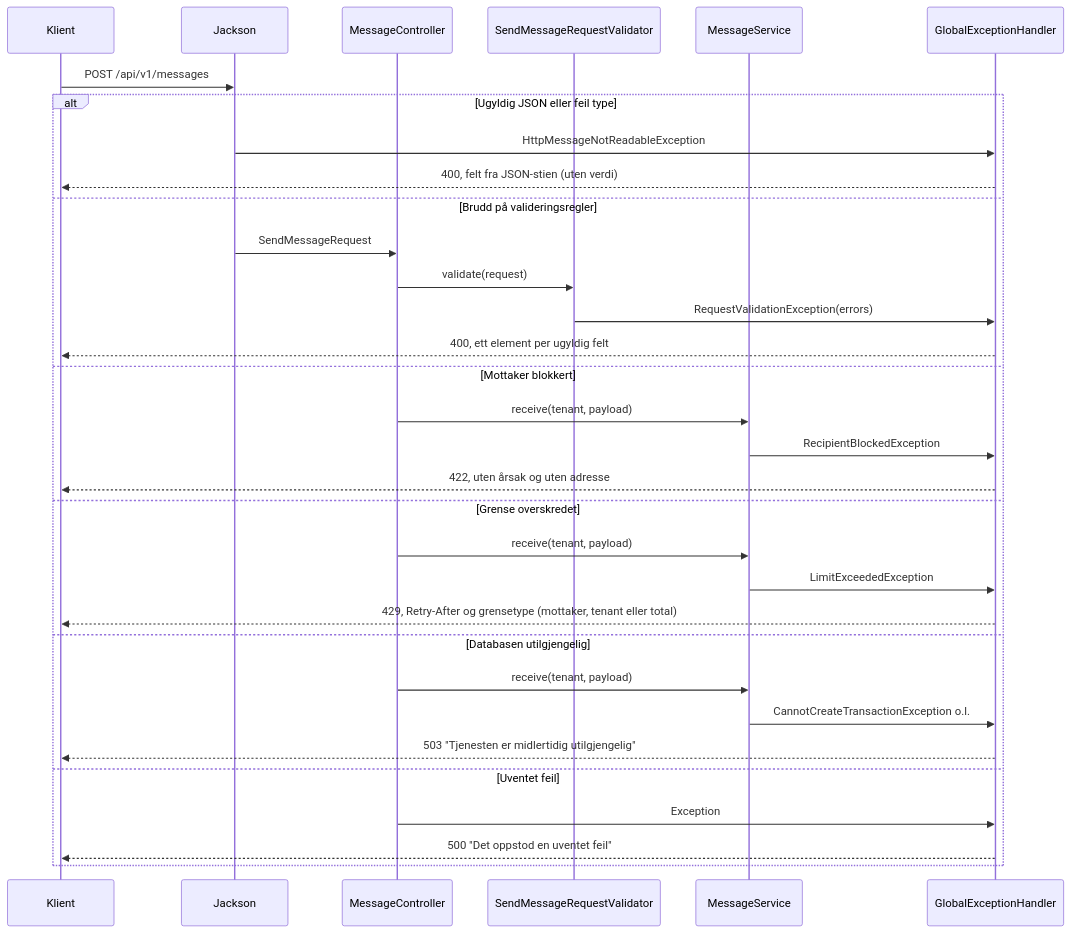
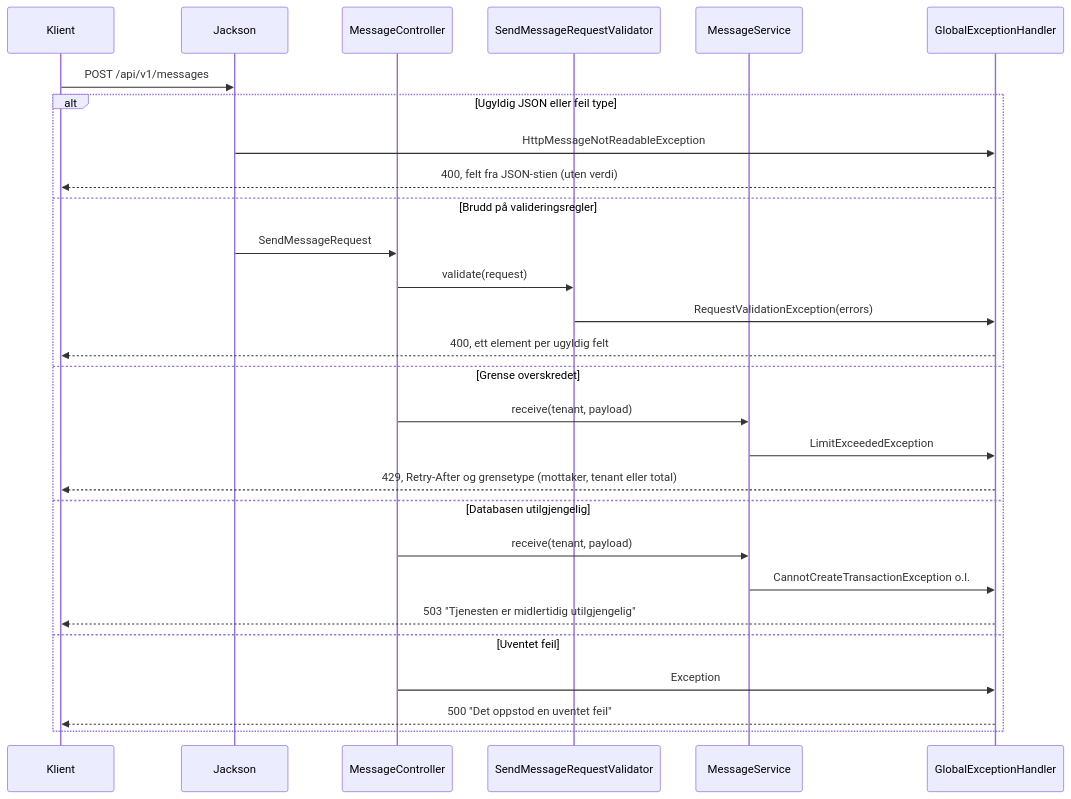
One commit to FINTLabs/fint-communication-service changed the ninth of 12 diagrams in docs/architecture.md. Above: the diagram before and after it, drawn with Mermaid. The commit also changed other lines of this file and 18 other files, not shown here.

````diff
--- a/docs/architecture.md
+++ b/docs/architecture.md
@@ -479,35 +457,31 @@
 ```mermaid
 sequenceDiagram
     participant C as Klient
     participant J as Jackson
     participant MC as MessageController
     participant V as SendMessageRequestValidator
     participant MS as MessageService
     participant H as GlobalExceptionHandler
 
     C->>J: POST /api/v1/messages
     alt Ugyldig JSON eller feil type
         J->>H: HttpMessageNotReadableException
         H-->>C: 400, felt fra JSON-stien (uten verdi)
     else Brudd på valideringsregler
         J->>MC: SendMessageRequest
         MC->>V: validate(request)
         V->>H: RequestValidationException(errors)
         H-->>C: 400, ett element per ugyldig felt
-    else Mottaker blokkert
-        MC->>MS: receive(tenant, payload)
-        MS->>H: RecipientBlockedException
-        H-->>C: 422, uten årsak og uten adresse
     else Grense overskredet
         MC->>MS: receive(tenant, payload)
         MS->>H: LimitExceededException
         H-->>C: 429, Retry-After og grensetype (mottaker, tenant eller total)
     else Databasen utilgjengelig
         MC->>MS: receive(tenant, payload)
         MS->>H: CannotCreateTransactionException o.l.
         H-->>C: 503 "Tjenesten er midlertidig utilgjengelig"
     else Uventet feil
         MC->>H: Exception
         H-->>C: 500 "Det oppstod en uventet feil"
     end
 ```
````
